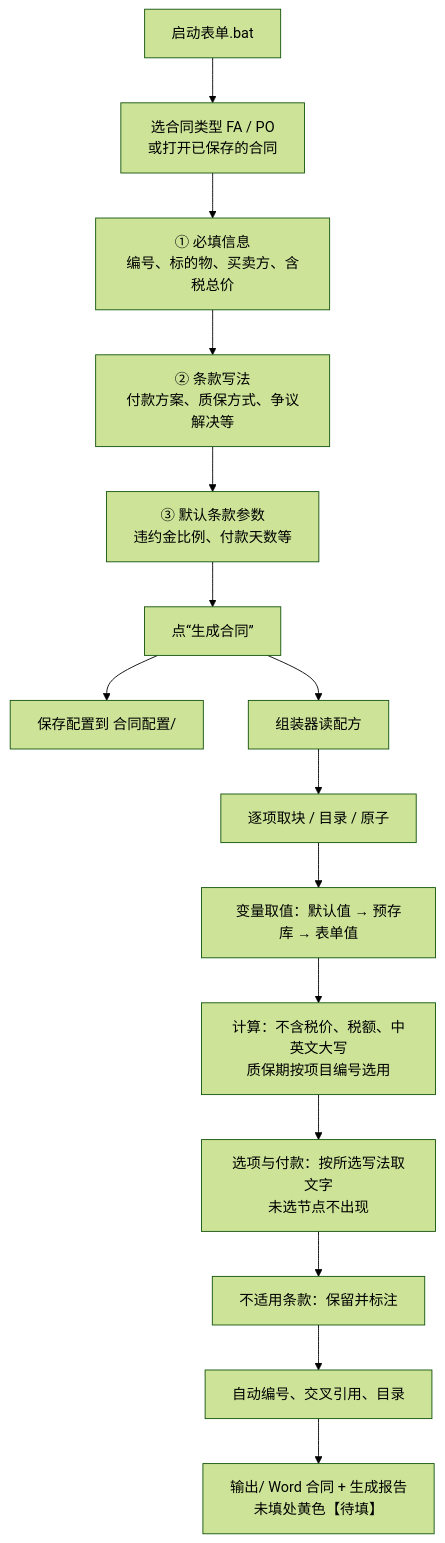
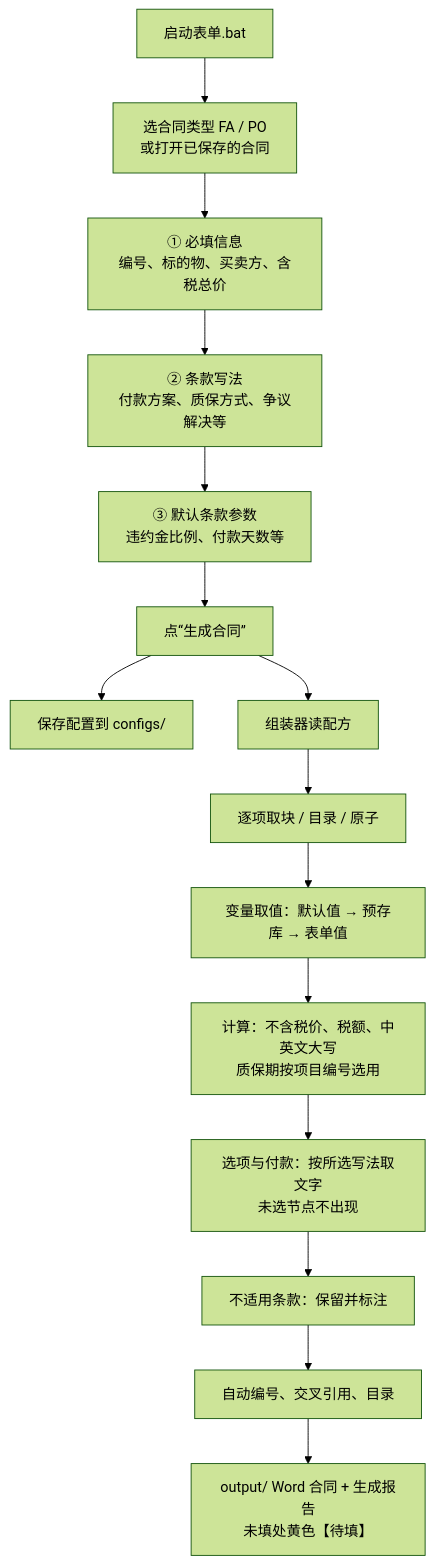
The second of 4 diagrams in README.md (GavinGSJ/contract-compose), drawn with Mermaid (forest theme) before and after one commit. The commit also changed other lines of this file and 365 other files, not shown here.

````diff
--- a/README.md
+++ b/README.md
@@ -39,17 +39,17 @@
 ```mermaid
 flowchart TD
   S["启动表单.bat"] --> T["选合同类型 FA / PO<br/>或打开已保存的合同"]
   T --> F1["① 必填信息<br/>编号、标的物、买卖方、含税总价"]
   F1 --> F2["② 条款写法<br/>付款方案、质保方式、争议解决等"]
   F2 --> F3["③ 默认条款参数<br/>违约金比例、付款天数等"]
   F3 --> G["点“生成合同”"]
-  G --> C1["保存配置到 合同配置/"]
+  G --> C1["保存配置到 configs/"]
   G --> A0["组装器读配方"]
   A0 --> A1["逐项取块 / 目录 / 原子"]
   A1 --> A2["变量取值：默认值 → 预存库 → 表单值"]
   A2 --> A3["计算：不含税价、税额、中英文大写<br/>质保期按项目编号选用"]
   A3 --> A4["选项与付款：按所选写法取文字<br/>未选节点不出现"]
   A4 --> A5["不适用条款：保留并标注"]
   A5 --> A6["自动编号、交叉引用、目录"]
-  A6 --> O["输出/ Word 合同 + 生成报告<br/>未填处黄色【待填】"]
+  A6 --> O["output/ Word 合同 + 生成报告<br/>未填处黄色【待填】"]
 ```
````
